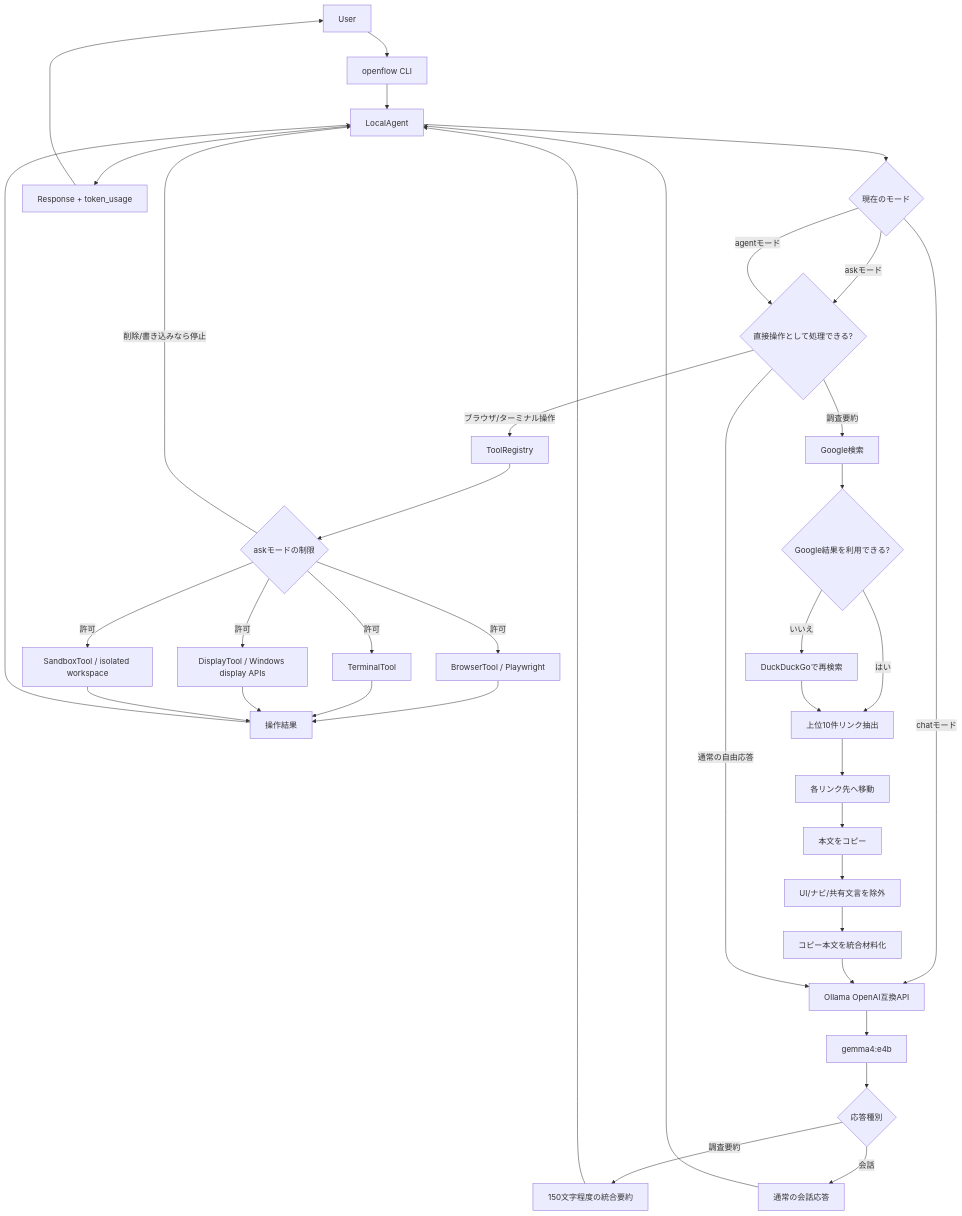
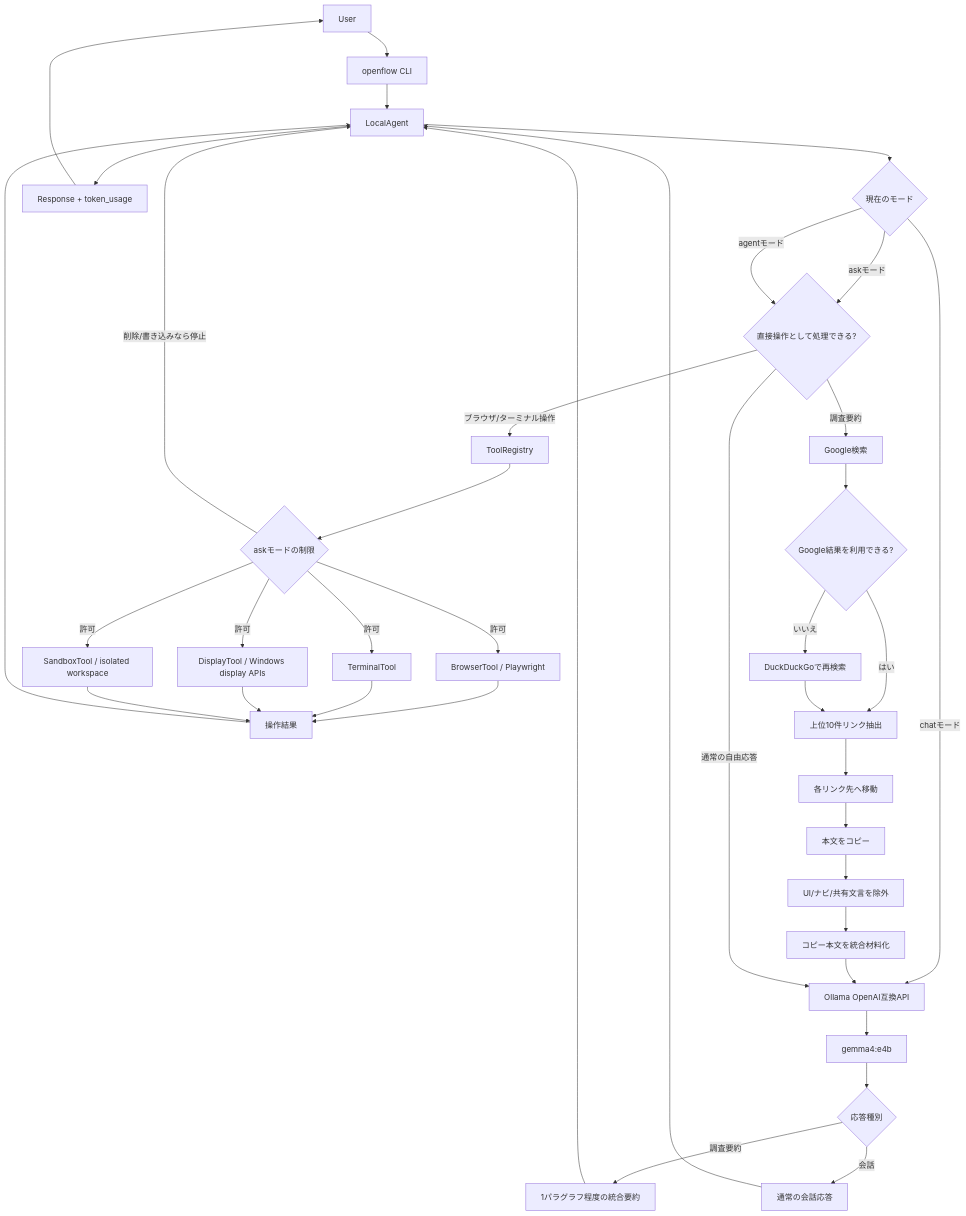
Before and after one commit to kazukiminemura/OpenFlow: the diagram in Readme.md, drawn with Mermaid. The commit also changed other lines of this file and 1 other file, not shown here.

Commit message:
Improve search summary handling

````diff
--- a/Readme.md
+++ b/Readme.md
@@ -83,48 +83,48 @@
 ```mermaid
 flowchart TD
     U[User] --> CLI[openflow CLI]
     CLI --> A[LocalAgent]
 
     A --> MD{現在のモード}
     MD -->|chatモード| O[Ollama OpenAI互換API]
     MD -->|askモード| D{直接操作として処理できる?}
     MD -->|agentモード| D
     D -->|ブラウザ/ターミナル操作| T[ToolRegistry]
     T --> AR{askモードの制限}
     AR -->|削除/書き込みなら停止| A
     AR -->|許可| B
     AR -->|許可| S
     AR -->|許可| DT
     AR -->|許可| SB
     B[BrowserTool / Playwright]
     S[TerminalTool]
     DT[DisplayTool / Windows display APIs]
     SB[SandboxTool / isolated workspace]
     B --> R1[操作結果]
     S --> R1
     DT --> R1
     SB --> R1
     R1 --> A
 
     D -->|調査要約| G[Google検索]
     G --> GF{Google結果を利用できる?}
     GF -->|はい| L[上位10件リンク抽出]
     GF -->|いいえ| DD[DuckDuckGoで再検索]
     DD --> L
 
     L --> P[各リンク先へ移動]
     P --> C[本文をコピー]
     C --> F[UI/ナビ/共有文言を除外]
     F --> M[コピー本文を統合材料化]
     M --> O
     O --> LLM[gemma4:e4b]
     LLM --> LR{応答種別}
-    LR -->|調査要約| SUM[150文字程度の統合要約]
+    LR -->|調査要約| SUM[1パラグラフ程度の統合要約]
     SUM --> A
 
     D -->|通常の自由応答| O
     LR -->|会話| CHAT[通常の会話応答]
     CHAT --> A
     A --> OUT[Response + token_usage]
     OUT --> U
 ```
````
